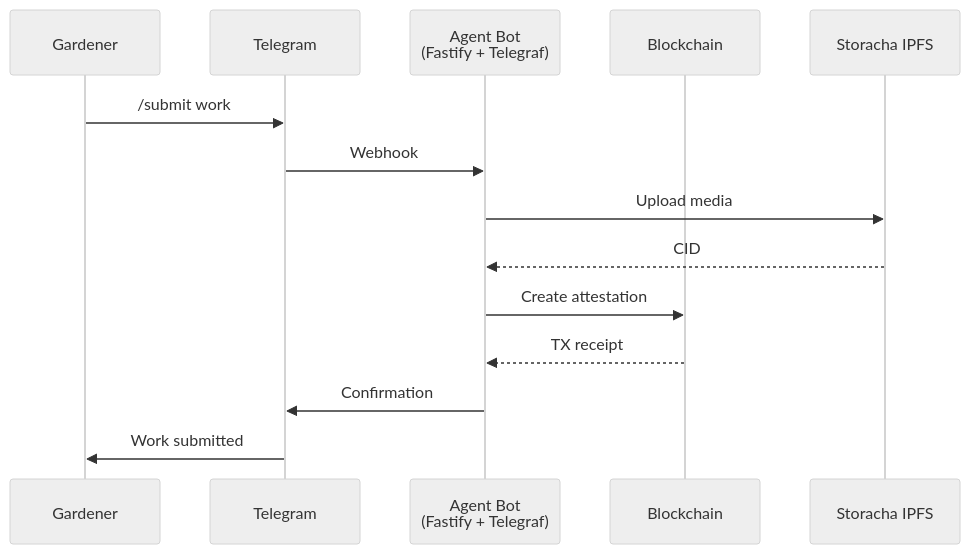
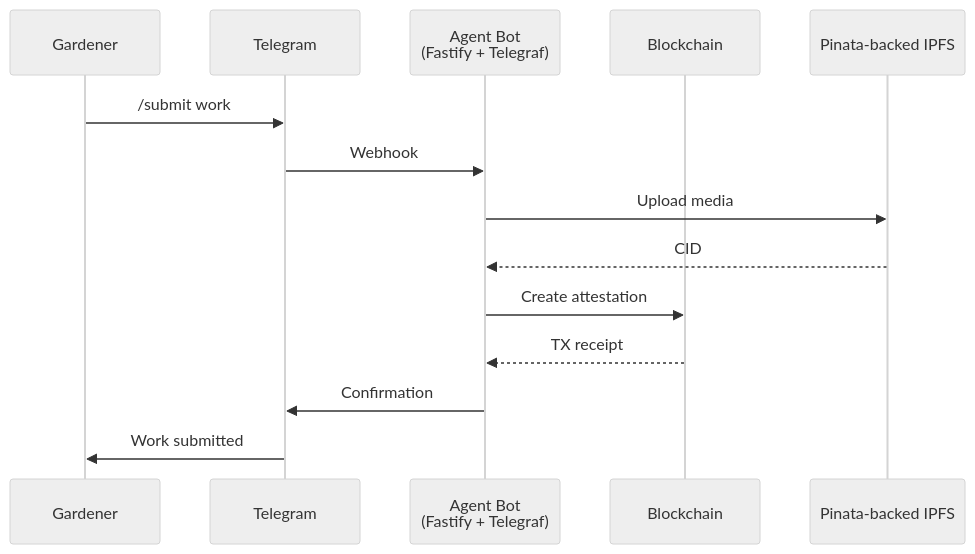
The first of 2 diagrams in docs/docs/builders/packages/agent.mdx (greenpill-dev-guild/green-goods), drawn with Mermaid (neutral theme) before and after one commit. The commit also changed other lines of this file and 28 other files, not shown here.

````diff
--- a/docs/docs/builders/packages/agent.mdx
+++ b/docs/docs/builders/packages/agent.mdx
@@ -13,17 +13,17 @@
 ```mermaid
 sequenceDiagram
     participant G as Gardener
     participant TG as Telegram
     participant Bot as Agent Bot<br/>(Fastify + Telegraf)
     participant Chain as Blockchain
-    participant IPFS as Storacha IPFS
+    participant IPFS as Pinata-backed IPFS
 
     G->>TG: /submit work
     TG->>Bot: Webhook
     Bot->>IPFS: Upload media
     IPFS-->>Bot: CID
     Bot->>Chain: Create attestation
     Chain-->>Bot: TX receipt
     Bot->>TG: Confirmation
     TG->>G: Work submitted
 ```
````
